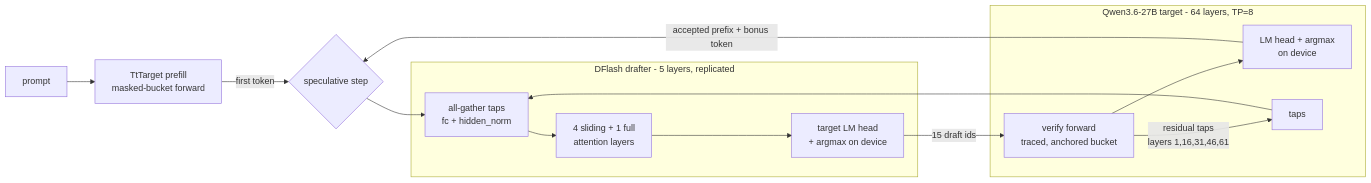
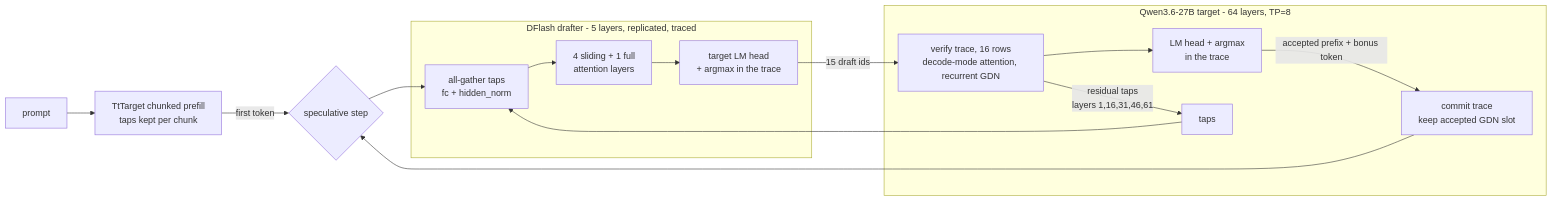
Before and after one commit to tenstorrent/tt-metal: the diagram in models/demos/blackhole/qwen36/README-DFLASH.md, drawn with Mermaid. The commit also changed other lines of this file and 15 other files, not shown here.

First line of the commit message:
qwen36 DFlash: traced 16-row spec verify and traced drafter step

````diff
--- a/models/demos/blackhole/qwen36/README-DFLASH.md
+++ b/models/demos/blackhole/qwen36/README-DFLASH.md
@@ -23,17 +23,19 @@
 ```mermaid
 flowchart LR
-    P[prompt] --> T0[TtTarget prefill<br/>masked-bucket forward]
+    P[prompt] --> T0[TtTarget chunked prefill<br/>taps kept per chunk]
     T0 -->|first token| L{speculative step}
     subgraph target [Qwen3.6-27B target - 64 layers, TP=8]
-        V[verify forward<br/>traced, anchored bucket] --> H[LM head + argmax<br/>on device]
+        V[verify trace, 16 rows<br/>decode-mode attention, recurrent GDN] --> H[LM head + argmax<br/>in the trace]
         V -->|residual taps<br/>layers 1,16,31,46,61| TAP[taps]
+        C[commit trace<br/>keep accepted GDN slot]
     end
-    subgraph drafter [DFlash drafter - 5 layers, replicated]
+    subgraph drafter [DFlash drafter - 5 layers, replicated, traced]
         FC[all-gather taps<br/>fc + hidden_norm] --> DL[4 sliding + 1 full<br/>attention layers]
-        DL --> DH[target LM head<br/>+ argmax on device]
+        DL --> DH[target LM head<br/>+ argmax in the trace]
     end
     L --> FC
     TAP --> FC
     DH -->|15 draft ids| V
-    H -->|accepted prefix + bonus token| L
+    H -->|accepted prefix + bonus token| C
+    C --> L
 ```
````
